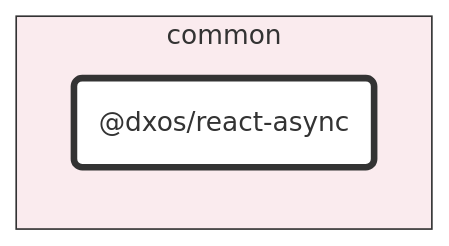
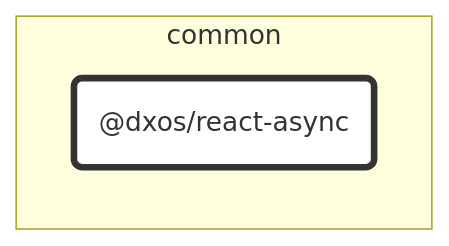
The diagram in packages/common/react-async/docs/README.md (dxos/dxos), drawn with Mermaid before and after one commit. The commit also changed 80 other files, not shown here.

````diff
--- a/packages/common/react-async/docs/README.md
+++ b/packages/common/react-async/docs/README.md
@@ -7,20 +7,19 @@
 ```mermaid
 %%{ init: {'flowchart':{'curve':'basis'}} }%%
 
 flowchart LR
 
 %% Classes
 classDef def fill:#fff,stroke:#333,stroke-width:1px
 classDef root fill:#fff,stroke:#333,stroke-width:4px
 
 %% Nodes
 
 subgraph common [common]
-  style common fill:#faebee,stroke:#333
   dxos/react-async("@dxos/react-async"):::root
   click dxos/react-async "dxos/dxos/tree/main/packages/common/react-async/docs"
 end
 
 %% Links
 linkStyle default stroke:#333,stroke-width:1px
 ```
````
